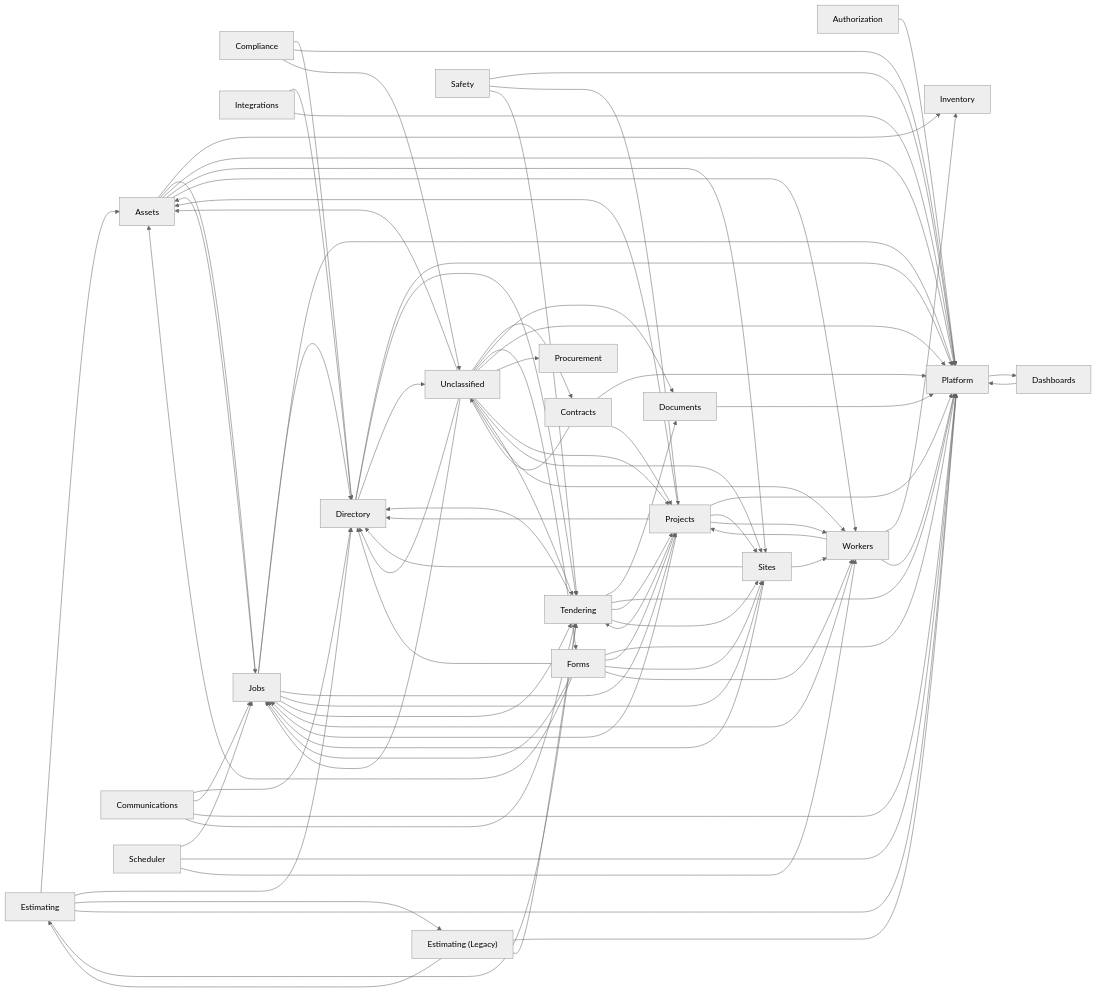
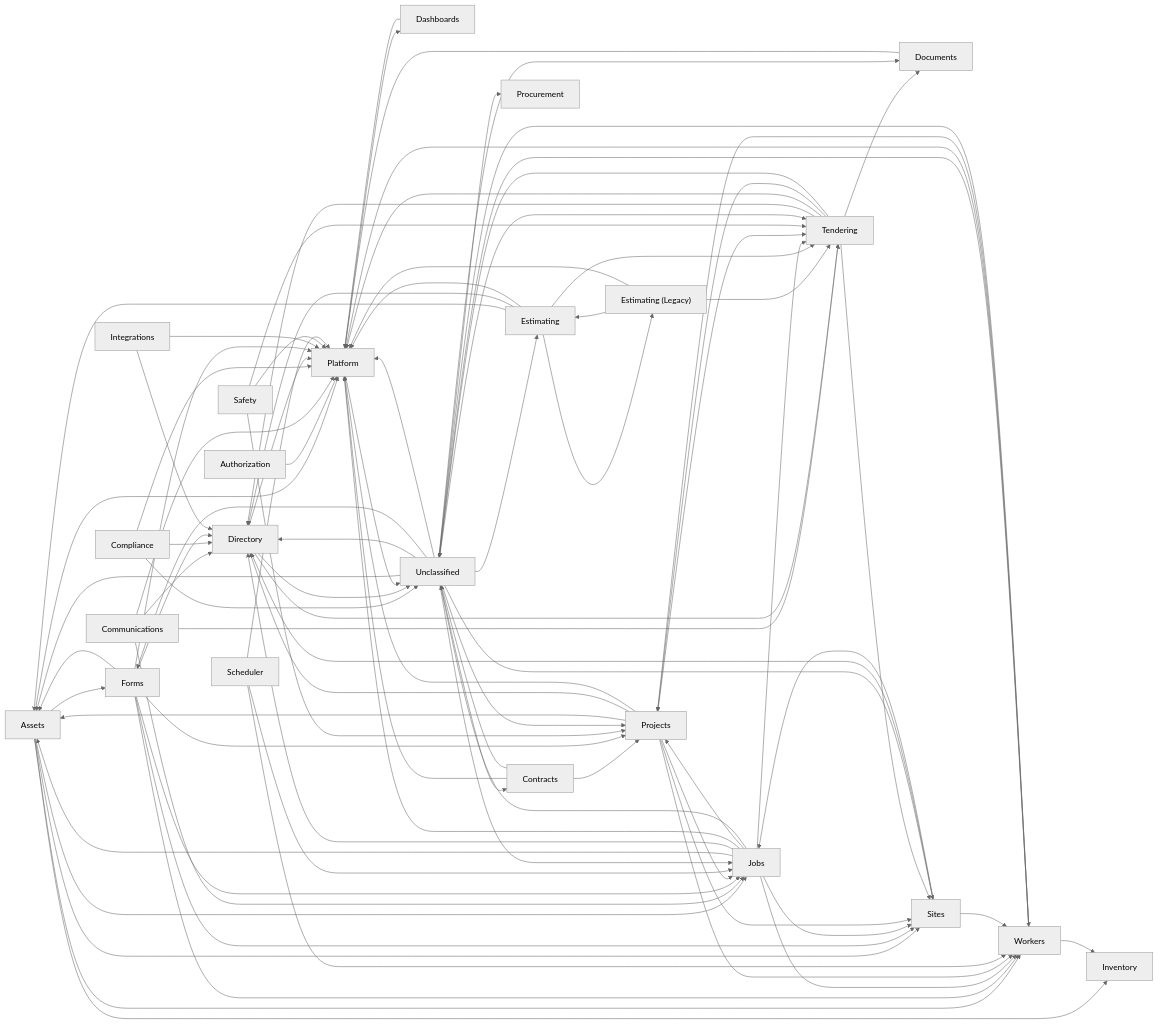
The diagram in sot/04-data-model.md (GH-Mantova/ProjectOperations), drawn with Mermaid (neutral theme) before and after one commit. The commit also changed other lines of this file, not shown here.

First line of the commit message:
docs(sot-04): re-merge generated schema-map (242→284 models)

````diff
--- a/sot/04-data-model.md
+++ b/sot/04-data-model.md
@@ -90,6 +90,7 @@
   tendering["Tendering"]
   unclassified["Unclassified"]
   workers["Workers"]
+  assets --> forms
   assets --> inventory
   assets --> jobs
   assets --> platform
@@ -134,8 +135,10 @@
   jobs --> projects
   jobs --> sites
   jobs --> tendering
+  jobs --> unclassified
   jobs --> workers
   platform --> dashboards
+  platform --> unclassified
   projects --> assets
   projects --> directory
   projects --> jobs
@@ -157,10 +160,12 @@
   tendering --> platform
   tendering --> projects
   tendering --> sites
+  tendering --> unclassified
   unclassified --> assets
   unclassified --> contracts
   unclassified --> directory
   unclassified --> documents
+  unclassified --> estimating
   unclassified --> forms
   unclassified --> jobs
   unclassified --> platform
@@ -172,4 +177,5 @@
   workers --> inventory
   workers --> platform
   workers --> projects
+  workers --> unclassified
 ```
````
